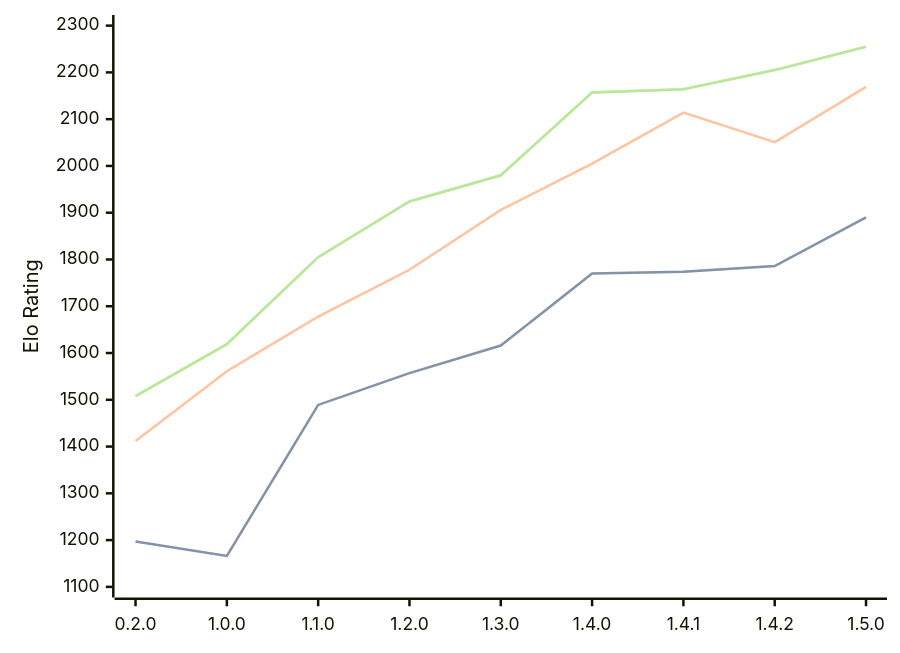
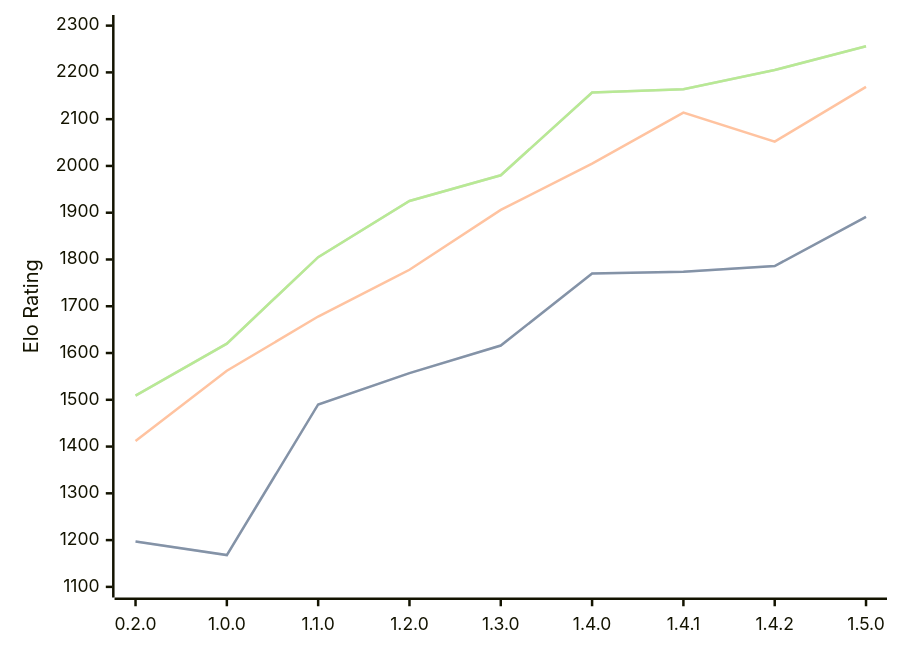
One commit to computer-chess-index/cci changed the diagram in engines/Zeppelin.md. Above: the diagram before and after it, drawn with Mermaid. The commit also changed other lines of this file, not shown here.

Commit message:
Update CCI Ratings (ELO VLTC) - 2026-08-16

````diff
--- a/engines/Zeppelin.md
+++ b/engines/Zeppelin.md
@@ -39,11 +39,11 @@
 ```mermaid
 %%{init: {"theme":"base","themeVariables":{"seriesColors:['#a3a3a3','#222221','#faa371']}}}%%
 xychart-beta
   x-axis ["0.2.0", "1.0.0", "1.1.0", "1.2.0", "1.3.0", "1.4.0", "1.4.1", "1.4.2", "1.5.0"]
   y-axis "Elo Rating" 1100 --> 2300
-  line "STC (8.0+0.08s)" [1197, 1166, 1489, 1557, 1616, 1770, 1774, 1786, 1890]
-  line "STC (8.0+0.08s)" [1197, 1166, 1489, 1557, 1616, 1770, 1774, 1786, 1890]
-  line "LTC (60.0+0.60s)" [1412, 1561, 1678, 1778, 1906, 2005, 2114, 2051, 2169]
-  line "VLTC (2m24s+1.12s)" [1508, 1619, 1805, 1924, 1980, 2157, 2164, 2205, 2255]
-  line "VLTC (2m24s+1.12s)" [1508, 1619, 1805, 1924, 1980, 2157, 2164, 2205, 2255]
+  line "STC (8.0+0.08s)" [1197, 1168, 1490, 1557, 1616, 1770, 1774, 1786, 1891]
+  line "STC (8.0+0.08s)" [1197, 1168, 1490, 1557, 1616, 1770, 1774, 1786, 1891]
+  line "LTC (60.0+0.60s)" [1412, 1562, 1678, 1778, 1906, 2005, 2114, 2052, 2169]
+  line "VLTC (2m24s+1.12s)" [1509, 1620, 1805, 1925, 1980, 2157, 2164, 2205, 2256]
+  line "VLTC (2m24s+1.12s)" [1509, 1620, 1805, 1925, 1980, 2157, 2164, 2205, 2256]
 ```
````
